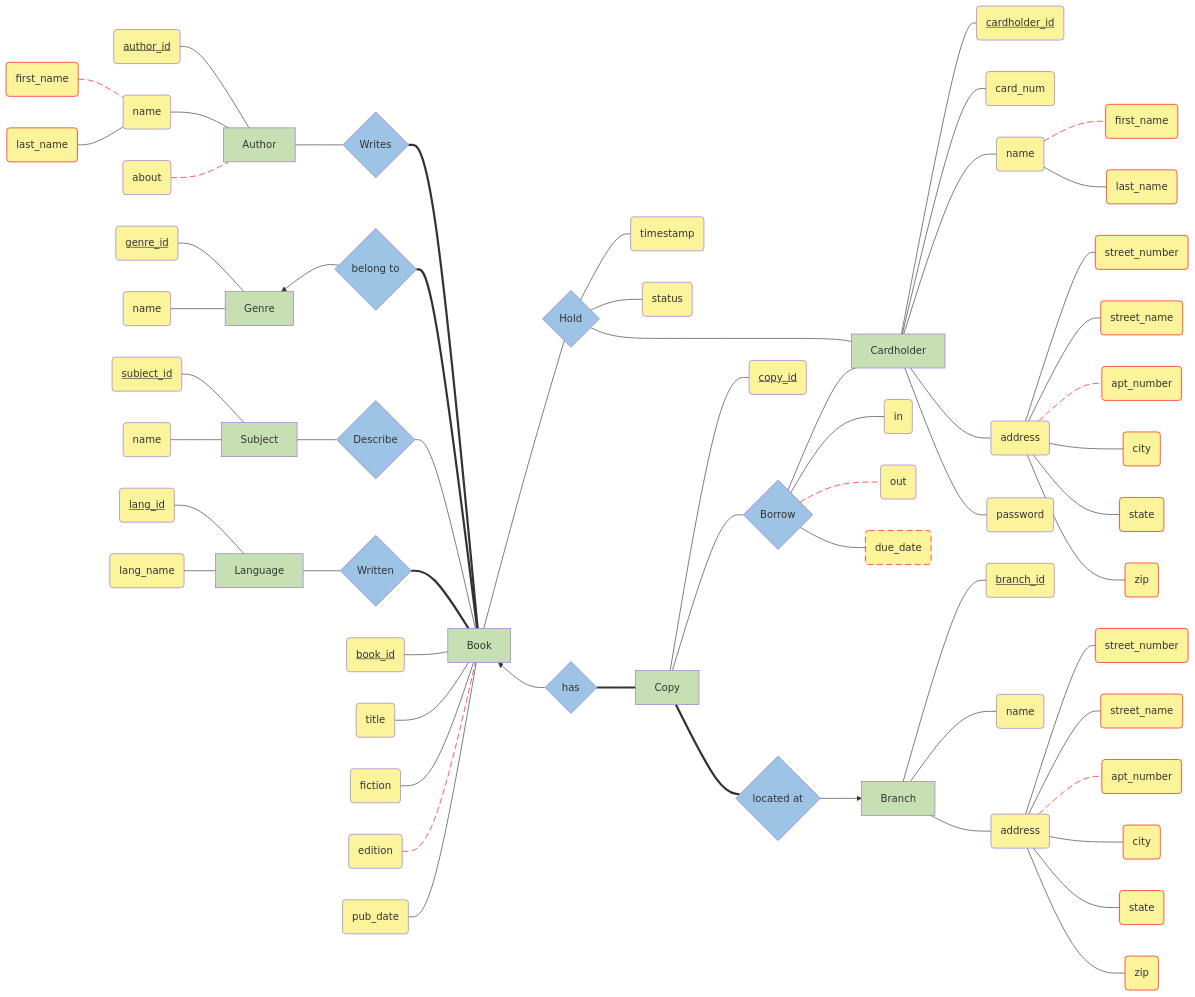
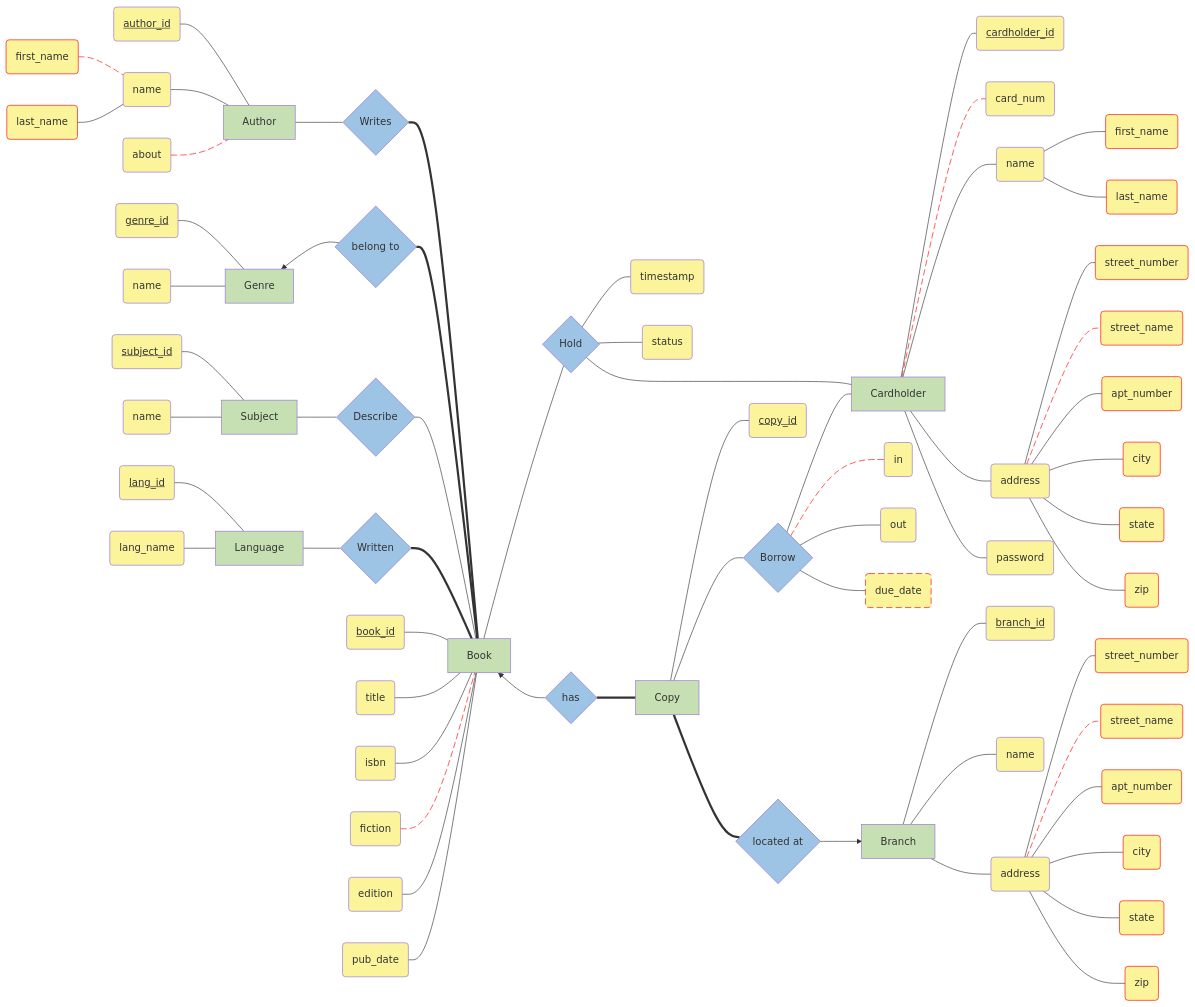
The diagram in ERD-1stDeliverable/erd.mmd (kelzzzz/CS425-ChiPub), drawn with Mermaid before and after one commit.

Commit message:
Add isbn to erd.

```diff
--- a/ERD-1stDeliverable/erd.mmd
+++ b/ERD-1stDeliverable/erd.mmd
@@ -1,187 +1,188 @@
 ---
 themeVariables:
   fontSize: 10px
 ---
 
 graph LR
     %% ===
     %% AUTHOR
     %% ---
 
     %% Attributes
     aid(<ins>author_id</ins>):::attr --- A
     af(first_name):::subAttr --- an
     al(last_name):::subAttr --- an
     an(name):::attr --- A
     aa(about):::attr --- A
 
     %% Author to Book
     %% 1..M : 0..M
     %% an Author can write one or more Books
     %% every Book is written by at least one Author
     A[Author]:::entity --- AB{Writes}:::relation
     AB === B[Book]:::entity
     %% ===
 
     %% ===
     %% GENRE
     %% ---
 
     %% Attributes
     gid(<ins>genre_id</ins>):::attr --- G
     gnm(name):::attr --- G
 
     %% Genre to Book
     %% 1..M : 0..1
     %% one Genre can contain one or more Books
     %% every Book belongs to one Genre
     %% workaround for reverse pointed arrows
     G[Genre]:::entity ~~~ GB{belong to}:::relation --> G
     %% Using this to attempt to "straighten" back out the lines
     GB ~~~ G
     GB === B
     %% ===
 
     %% ===
     %% SUBJECT
     %% ---
 
     %% Attributes
     sid(<ins>subject_id</ins>):::attr--- S
     sn(name):::attr--- S
 
     %% Subject to Book
     %% 0..M : 0..M
     %% a Subject can describe one or more Books
     %% a Book can be described by one or more Subjects
     S[Subject]:::entity --- SB{Describe}:::relation
     SB --- B
     %% ===
 
     %% ===
     %% LANGUAGE
     %% ---
 
     %% Attributes
     lid(<ins>lang_id</ins>):::attr--- L
     lnm(lang_name):::attr--- L
 
     %% Language to Book
     %% 1..M : 0..M
     %% one or more Languages can be used to write a Book
     %% a Book must be written in at least one Language
     L[Language]:::entity --- LB{Written}:::relation
     LB === B
     %% ===
 
     %% ===
     %% BOOK
     %% ---
 
     %% Attributes
-    bid(<ins>book_id</ins>):::attr--- B
-    bt(title):::attr--- B
-    bf(fiction):::attr--- B
-    be(edition):::attr--- B
-    bp(pub_date):::attr--- B
+    bid(<ins>book_id</ins>):::attr --- B
+    bt(title):::attr --- B
+    bi(isbn):::attr --- B
+    bf(fiction):::attr --- B
+    be(edition):::attr --- B
+    bp(pub_date):::attr --- B
     %% ===
 
     %% ===
     %% HOLD (Book to Cardholder, Bridge Entity)
     %% ---
     %% 0..M : 0..M
 
     %% Attributes
     H --- hts(timestamp):::attr
     H --- hst(status):::attr
 
     %% a Book may be requested for Hold by one or more Cardholder
     %% a Cardholder may request a Hold for one or more Book
     B ~~~ H{Hold}:::relation --- B
     H --- Ch
     %% ===
 
     %% ===
     %% COPY
     %% ---
 
     %% Book to Copy
     %% 1..1 : 0..M
     %% a book Book may have one or more Copy
     %% every Copy has exactly one Book
     B ~~~ BC{has}:::relation --> B
     BC ~~~ B
     BC === C[Copy]:::entity
     %% ===
 
     %% ===
     %% BORROW (Bridge Entity)
     %% ---
     %% 0..M : 0..M
 
     %% a Copy can have one or more Borrow records for one or more Cardholder
     %% a Cardholder can have one or more Borrow records for one or more Copy
     C --- Bw{Borrow}:::relation
     Bw --- Ch[Cardholder]:::entity
 
     %% Attributes
     Bw --- tts(in):::attr
     Bw --- tot(out):::attr
     Bw --- tdt(due_date):::derAttr
 
     %% COPY Attributes
     %% placed here to correct order of appearance in output
     C --- cid(<ins>copy_id</ins>):::attr
     %% ===
 
     %% ===
     %% CARDHOLDER
     %% ---
 
     %% Attributes
     Ch --- chid(<ins>cardholder_id</ins>):::attr
     Ch --- chnm(card_num):::attr
     chn --- chfn(first_name):::subAttr
     chn --- chln(last_name):::subAttr
     Ch --- chn(name):::attr
     Ch --- ca(address):::attr
     ca --- csn(street_number):::subAttr
     ca --- cst(street_name):::subAttr
     ca --- caa(apt_number):::subAttr
     ca --- cac(city):::subAttr
     ca --- cas(state):::subAttr
     ca --- cz(zip):::subAttr
     Ch --- chpw(password):::attr
     %% ===
 
     %% ===
     %% BRANCH
     %% ---
 
     %% Copy to Branch
     %% 0..M : 1..1
     %% a Copy must be located at exactly one Branch
     %% a Branch may have one or more Copy
     C ~~~ CBr{located at}:::relation === C
     CBr ~~~ C
     CBr --> Br[Branch]:::entity
 
     %% Attributes
     Br --- brd(<ins>branch_id</ins>):::attr
     Br --- bn(name):::attr
     Br --- ba(address):::attr
     ba --- bsn(street_number):::subAttr
     ba --- bst(street_name):::subAttr
     ba --- baa(apt_number):::subAttr
     ba --- bac(city):::subAttr
     ba --- bas(state):::subAttr
     ba --- bz(zip):::subAttr
     %% ===
 
     classDef entity fill:#c6e0b4;
     classDef relation fill:#9dc3e5;
     classDef attr fill:#fbf49b;
     classDef subAttr fill:#fbf49b, stroke:red;
     classDef derAttr fill:#fbf49b, stroke:red, stroke-dasharray: 10 5;
     %% optional attr links
     linkStyle 1,4,24,38,43,49,63 stroke:red, stroke-dasharray: 10 5;
```
